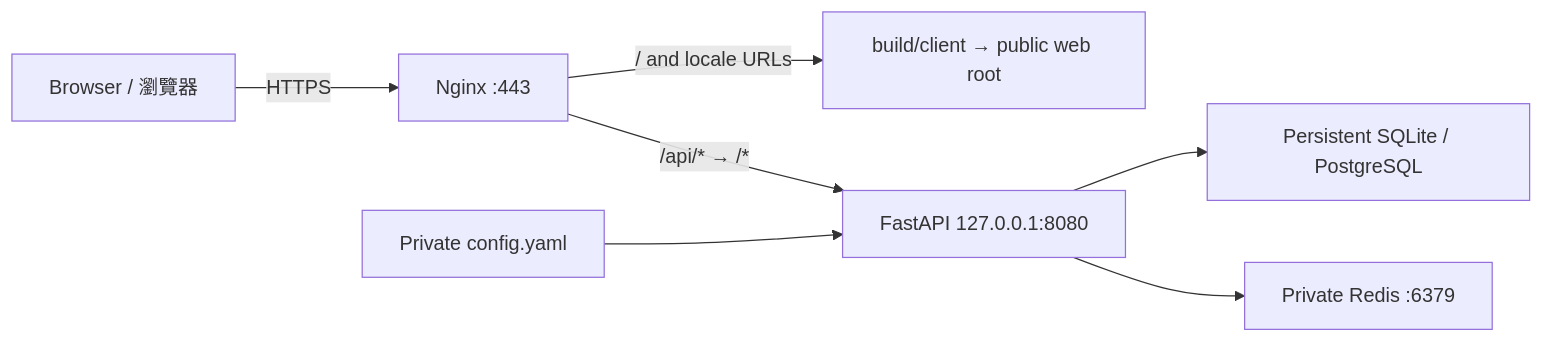
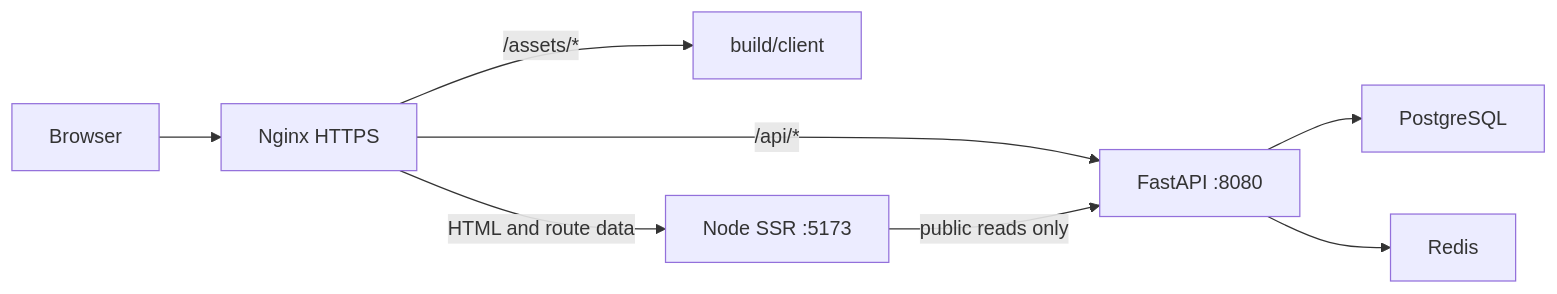
The third of 3 diagrams in README.md (zhenglee315/portfolio-modern), drawn with Mermaid before and after one commit. The commit also changed other lines of this file and 108 other files, not shown here.

````diff
--- a/README.md
+++ b/README.md
@@ -464,9 +459,10 @@
 ```mermaid
 flowchart LR
-    Browser["Browser / 瀏覽器"] -->|HTTPS| Proxy["Nginx :443"]
-    Proxy -->|"/ and locale URLs"| Static["build/client → public web root"]
-    Proxy -->|"/api/* → /*"| API["FastAPI 127.0.0.1:8080"]
-    API --> DB["Persistent SQLite / PostgreSQL"]
-    API --> Redis["Private Redis :6379"]
-    Config["Private config.yaml"] --> API
+    Browser[Browser] --> Nginx[Nginx HTTPS]
+    Nginx -->|/assets/*| Assets[build/client]
+    Nginx -->|HTML and route data| Node[Node SSR :5173]
+    Nginx -->|/api/*| API[FastAPI :8080]
+    Node -->|public reads only| API
+    API --> PostgreSQL
+    API --> Redis
 ```
````
